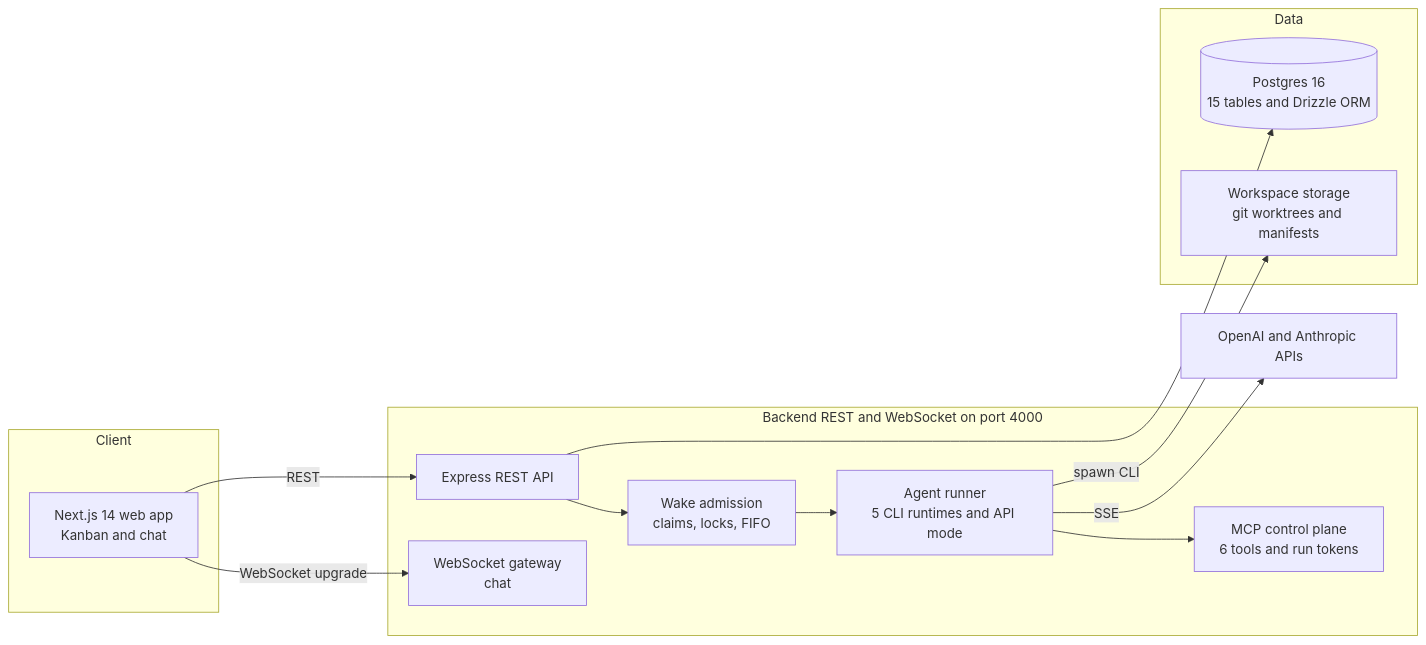
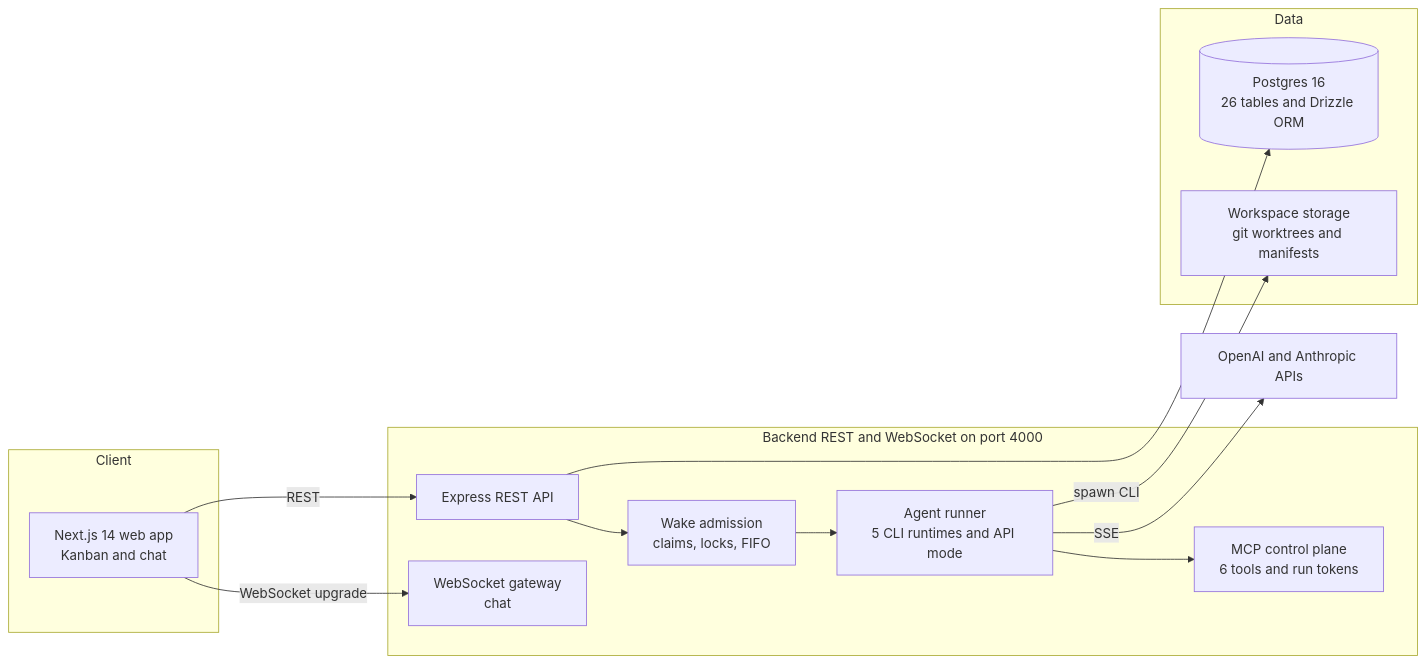
One commit to jeremychenczm/loxo changed the diagram in README.md. Above: the diagram before and after it, drawn with Mermaid. The commit also changed other lines of this file, not shown here.

````diff
--- a/README.md
+++ b/README.md
@@ -70,26 +70,26 @@
 ```mermaid
 flowchart LR
     subgraph Client
         FE[Next.js 14 web app<br/>Kanban and chat]
     end
     subgraph Server[Backend REST and WebSocket on port 4000]
         API[Express REST API]
         WS[WebSocket gateway<br/>chat]
         WAKE[Wake admission<br/>claims, locks, FIFO]
         MCP[MCP control plane<br/>6 tools and run tokens]
         RUNNER[Agent runner<br/>5 CLI runtimes and API mode]
     end
     subgraph Data
-        PG[(Postgres 16<br/>15 tables and Drizzle ORM)]
+        PG[(Postgres 16<br/>26 tables and Drizzle ORM)]
         FS[Workspace storage<br/>git worktrees and manifests]
     end
     LLM[OpenAI and Anthropic APIs]
 
     FE -->|REST| API
     FE -->|WebSocket upgrade| WS
     API --> WAKE --> RUNNER
     RUNNER --> MCP
     RUNNER -->|spawn CLI| FS
     RUNNER -->|SSE| LLM
     API --> PG
 ```
````
